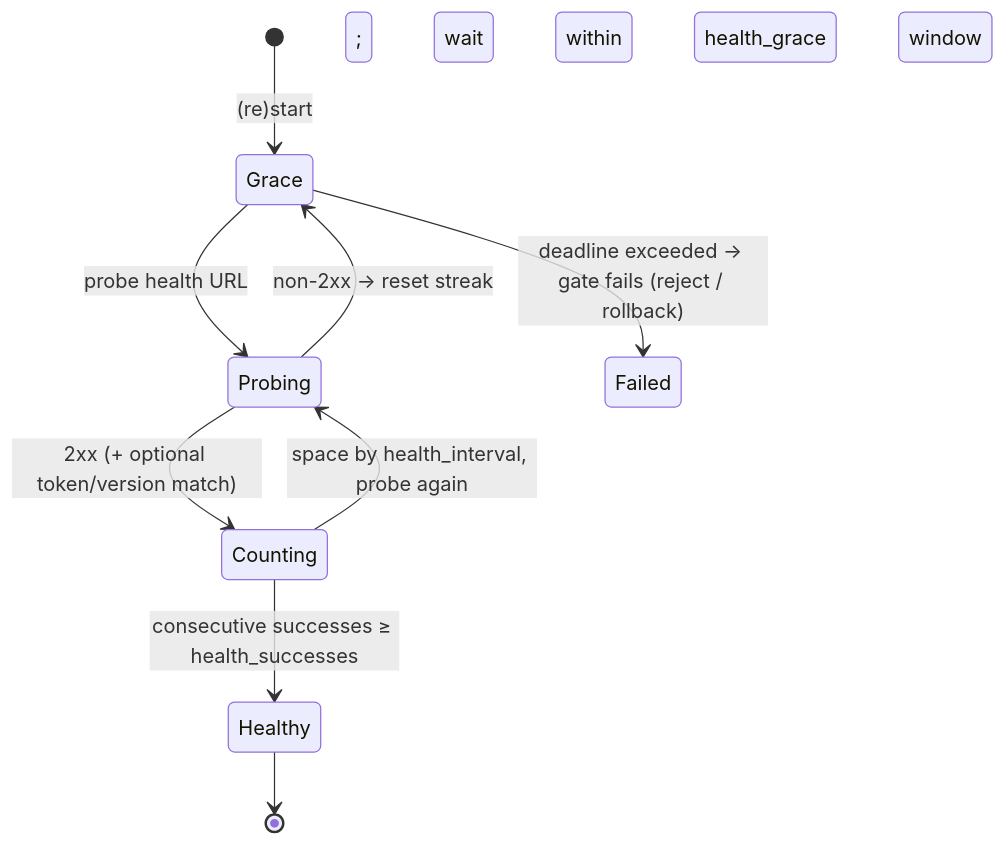
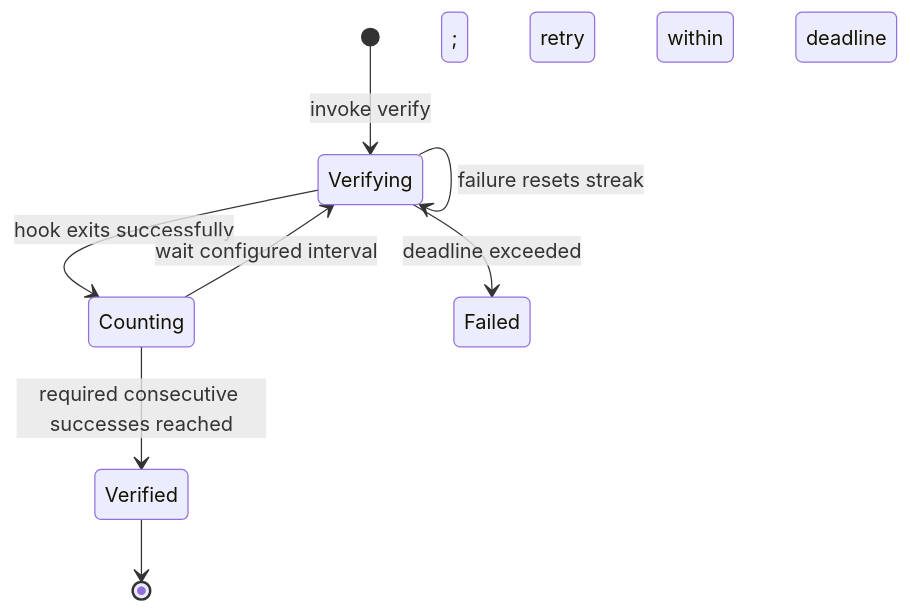
One commit to evan-hines-js/updatedc changed the ninth of 13 diagrams in docs/state-machines.md. Above: the diagram before and after it, drawn with Mermaid. The commit also changed other lines of this file and 69 other files, not shown here.

````diff
--- a/docs/state-machines.md
+++ b/docs/state-machines.md
@@ -285,11 +286,10 @@
 ```mermaid
 stateDiagram-v2
-    [*] --> Grace: (re)start; wait within health_grace window
-    Grace --> Probing: probe health URL
-    Probing --> Counting: 2xx (+ optional token/version match)
-    Probing --> Grace: non-2xx → reset streak
-    Counting --> Healthy: consecutive successes ≥ health_successes
-    Counting --> Probing: space by health_interval, probe again
-    Grace --> Failed: deadline exceeded → gate fails (reject / rollback)
-    Healthy --> [*]
+    [*] --> Verifying: invoke verify
+    Verifying --> Counting: hook exits successfully
+    Verifying --> Verifying: failure resets streak; retry within deadline
+    Counting --> Verified: required consecutive successes reached
+    Counting --> Verifying: wait configured interval
+    Verifying --> Failed: deadline exceeded
+    Verified --> [*]
 ```
````
